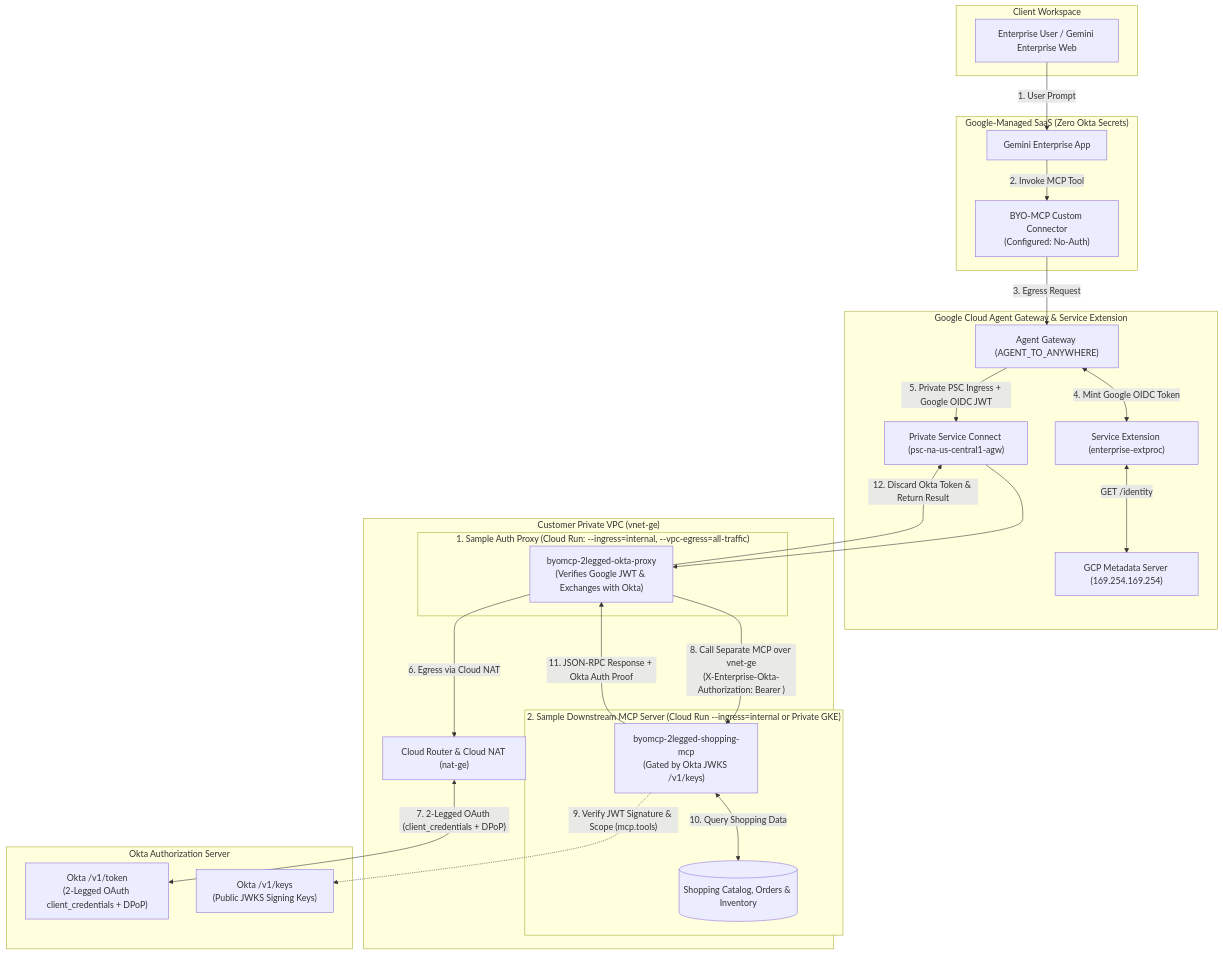
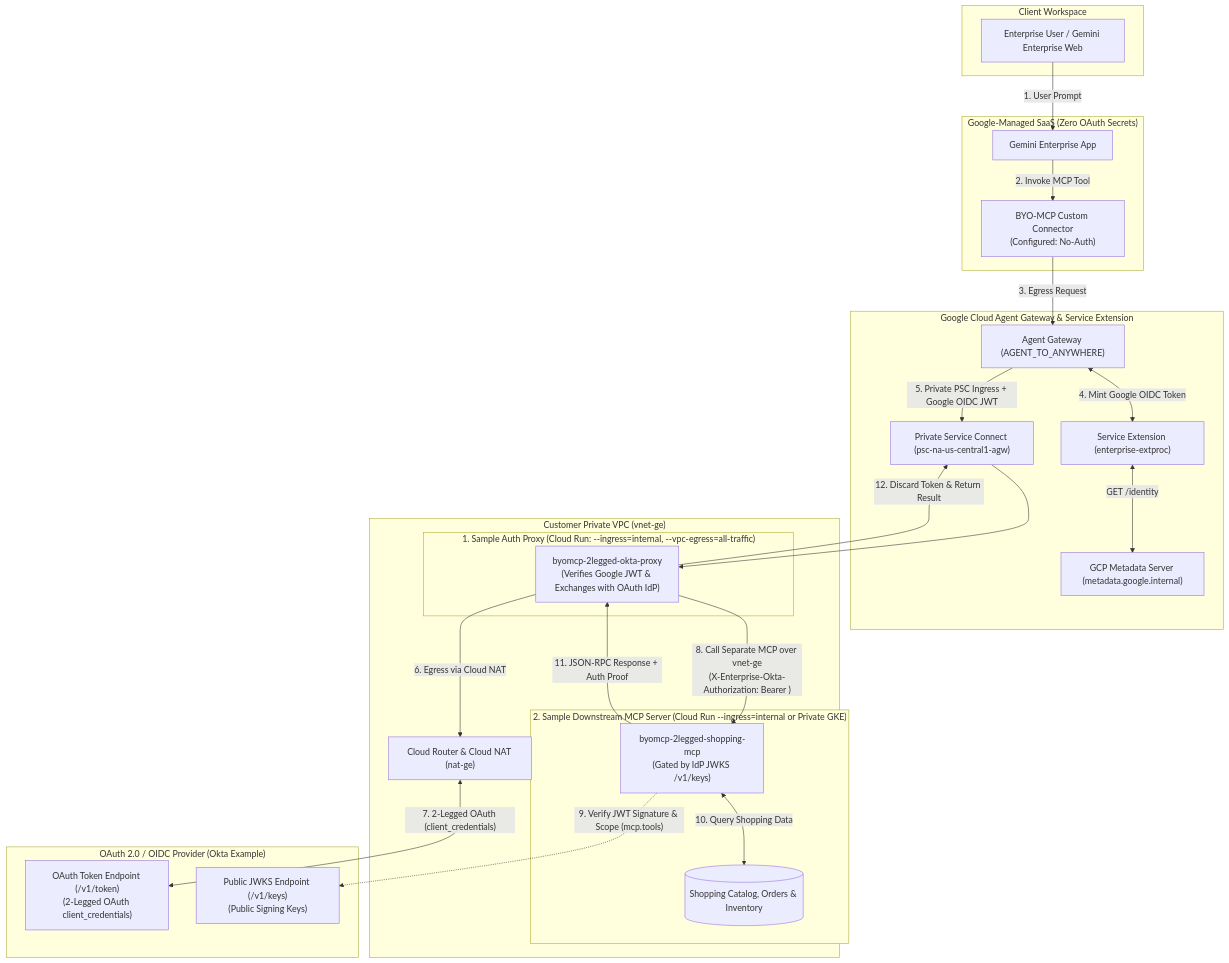
One commit to Cybersizemore/byomcp-2legged-oauth changed the first of 2 diagrams in docs/architecture-guide.md. Above: the diagram before and after it, drawn with Mermaid. The commit also changed other lines of this file and 2 other files, not shown here.

Commit message:
Update docs to support any OAuth 2.0 / OIDC provider with Okta as reference example

````diff
--- a/docs/architecture-guide.md
+++ b/docs/architecture-guide.md
@@ -49,52 +48,52 @@
 ```mermaid
 flowchart TB
     subgraph Client_Layer["Client Workspace"]
         User["Enterprise User / Gemini Enterprise Web"]
     end
 
-    subgraph Google_Managed_SaaS["Google-Managed SaaS (Zero Okta Secrets)"]
+    subgraph Google_Managed_SaaS["Google-Managed SaaS (Zero OAuth Secrets)"]
         GE_App["Gemini Enterprise App"]
         GE_BYOMCP["BYO-MCP Custom Connector\n(Configured: No-Auth)"]
     end
 
     subgraph Governance_Layer["Google Cloud Agent Gateway & Service Extension"]
         AGW["Agent Gateway (AGENT_TO_ANYWHERE)"]
         ExtProc["Service Extension (enterprise-extproc)"]
-        Meta["GCP Metadata Server (169.254.169.254)"]
+        Meta["GCP Metadata Server (metadata.google.internal)"]
         PSC_Endpoint["Private Service Connect (psc-na-us-central1-agw)"]
     end
 
     subgraph Enterprise_Private_VPC["Customer Private VPC (vnet-ge)"]
         subgraph Proxy_Layer["1. Sample Auth Proxy (Cloud Run: --ingress=internal, --vpc-egress=all-traffic)"]
-            Auth_Proxy["byomcp-2legged-okta-proxy\n(Verifies Google JWT & Exchanges with Okta)"]
+            Auth_Proxy["byomcp-2legged-okta-proxy\n(Verifies Google JWT & Exchanges with OAuth IdP)"]
         end
 
         subgraph Downstream_MCP_Layer["2. Sample Downstream MCP Server (Cloud Run --ingress=internal or Private GKE)"]
-            MCP_Server["byomcp-2legged-shopping-mcp\n(Gated by Okta JWKS /v1/keys)"]
+            MCP_Server["byomcp-2legged-shopping-mcp\n(Gated by IdP JWKS /v1/keys)"]
             Shopping_Data[("Shopping Catalog, Orders & Inventory")]
         end
 
         NAT["Cloud Router & Cloud NAT (nat-ge)"]
     end
 
-    subgraph Okta_Identity_Cloud["Okta Authorization Server"]
-        Okta_Token["Okta /v1/token\n(2-Legged OAuth client_credentials + DPoP)"]
-        Okta_JWKS["Okta /v1/keys\n(Public JWKS Signing Keys)"]
+    subgraph OAuth_Identity_Provider["OAuth 2.0 / OIDC Provider (Okta Example)"]
+        IdP_Token["OAuth Token Endpoint (/v1/token)\n(2-Legged OAuth client_credentials)"]
+        IdP_JWKS["Public JWKS Endpoint (/v1/keys)\n(Public Signing Keys)"]
     end
 
     User -->|"1. User Prompt"| GE_App
     GE_App -->|"2. Invoke MCP Tool"| GE_BYOMCP
     GE_BYOMCP -->|"3. Egress Request"| AGW
     AGW <-->|"4. Mint Google OIDC Token"| ExtProc
     ExtProc <-->|"GET /identity"| Meta
     AGW -->|"5. Private PSC Ingress + Google OIDC JWT"| PSC_Endpoint
     PSC_Endpoint --> Auth_Proxy
 
     Auth_Proxy -->|"6. Egress via Cloud NAT"| NAT
-    NAT <-->|"7. 2-Legged OAuth (client_credentials + DPoP)"| Okta_Token
-    Auth_Proxy -->|"8. Call Separate MCP over vnet-ge\n(X-Enterprise-Okta-Authorization: Bearer <Okta_JWT>)"| MCP_Server
-    MCP_Server -.->|"9. Verify JWT Signature & Scope (mcp.tools)"| Okta_JWKS
+    NAT <-->|"7. 2-Legged OAuth (client_credentials)"| IdP_Token
+    Auth_Proxy -->|"8. Call Separate MCP over vnet-ge\n(X-Enterprise-Okta-Authorization: Bearer <OAuth_JWT>)"| MCP_Server
+    MCP_Server -.->|"9. Verify JWT Signature & Scope (mcp.tools)"| IdP_JWKS
     MCP_Server <-->|"10. Query Shopping Data"| Shopping_Data
-    MCP_Server -->|"11. JSON-RPC Response + Okta Auth Proof"| Auth_Proxy
-    Auth_Proxy -->|"12. Discard Okta Token & Return Result"| PSC_Endpoint
+    MCP_Server -->|"11. JSON-RPC Response + Auth Proof"| Auth_Proxy
+    Auth_Proxy -->|"12. Discard Token & Return Result"| PSC_Endpoint
 ```
````
